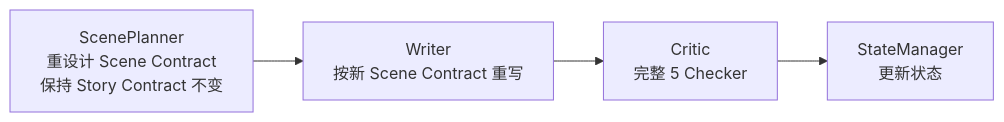
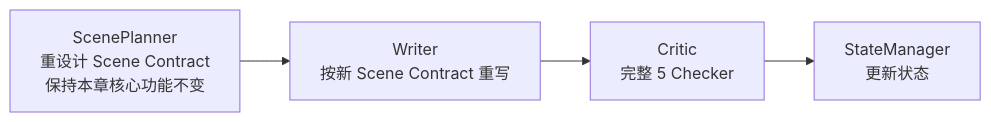
The second of 4 diagrams in workflows/revise-chapter.md (deathwhispers/novel-studio), drawn with Mermaid before and after one commit. The commit also changed other lines of this file and 49 other files, not shown here.

````diff
--- a/workflows/revise-chapter.md
+++ b/workflows/revise-chapter.md
@@ -55,4 +55,4 @@
 ```mermaid
 flowchart LR
-    SP["ScenePlanner<br/>重设计 Scene Contract<br/>保持 Story Contract 不变"] --> W["Writer<br/>按新 Scene Contract 重写"] --> C["Critic<br/>完整 5 Checker"] --> SM["StateManager<br/>更新状态"]
+    SP["ScenePlanner<br/>重设计 Scene Contract<br/>保持本章核心功能不变"] --> W["Writer<br/>按新 Scene Contract 重写"] --> C["Critic<br/>完整 5 Checker"] --> SM["StateManager<br/>更新状态"]
 ```
````
